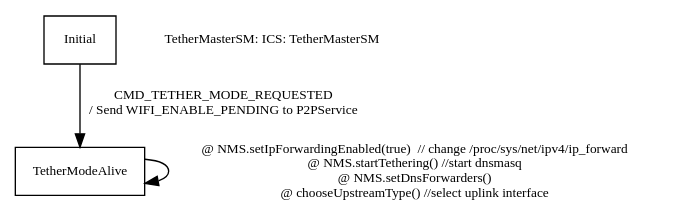
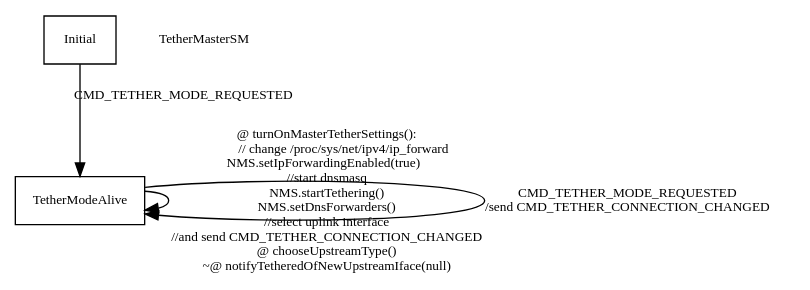
One commit to greatgauss/graphviz_script changed the diagram in SM_TetherMaster.dot. Above: the diagram before and after it, drawn with Graphviz. The commit also changed 2 other files, not shown here.

Commit message:
Change Tether SM

```diff
--- a/SM_TetherMaster.dot
+++ b/SM_TetherMaster.dot
@@ -1,11 +1,13 @@
 
-digraph TetherMasterSM {
+
+digraph TetherMasterSM{
 	size = "8.5, 11";
 	fontname = "Microsoft YaHei";
 	fontsize = 15;
 	node [shape = record, fontname = "Microsoft YaHei", fontsize = 10];
 	edge [fontname = "Microsoft YaHei", fontsize = 10];
-	Initial -> TetherModeAlive [ label = "CMD_TETHER_MODE_REQUESTED\n / Send WIFI_ENABLE_PENDING to P2PService " ];
-	TetherModeAlive -> TetherModeAlive [ label = " @ NMS.setIpForwardingEnabled(true)  // change /proc/sys/net/ipv4/ip_forward \n @ NMS.startTethering() //start dnsmasq \n @ NMS.setDnsForwarders() \n @ chooseUpstreamType() //select uplink interface" ];
-	"TetherMasterSM: ICS: TetherMasterSM" [ shape = plaintext ];
+	Initial -> TetherModeAlive [ label = "CMD_TETHER_MODE_REQUESTED" ];
+	TetherModeAlive -> TetherModeAlive [ label = " @ turnOnMasterTetherSettings(): \n           // change /proc/sys/net/ipv4/ip_forward \n NMS.setIpForwardingEnabled(true)  \n //start dnsmasq \n NMS.startTethering() \n NMS.setDnsForwarders() \n //select uplink interface \n //and send CMD_TETHER_CONNECTION_CHANGED\n @ chooseUpstreamType() \n ~@ notifyTetheredOfNewUpstreamIface(null)" ];
+	TetherModeAlive -> TetherModeAlive [ label = " CMD_TETHER_MODE_REQUESTED \n /send CMD_TETHER_CONNECTION_CHANGED" ];
+	"TetherMasterSM" [ shape = plaintext ];
 }
```
